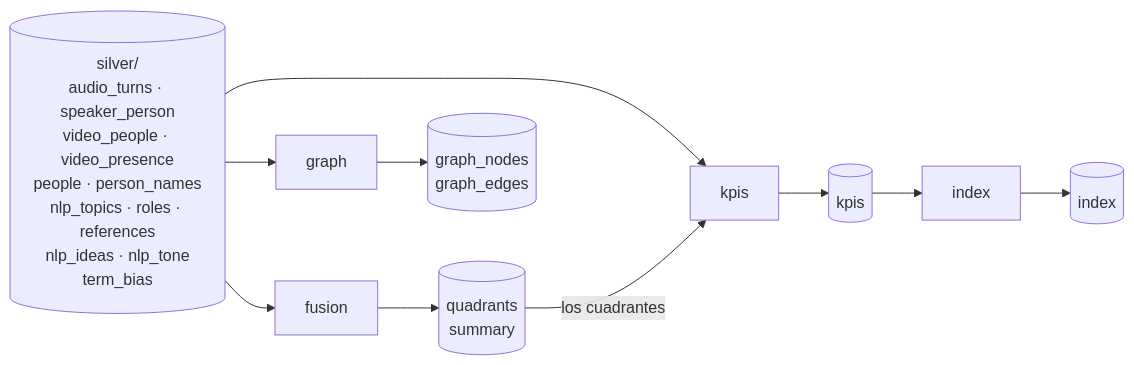
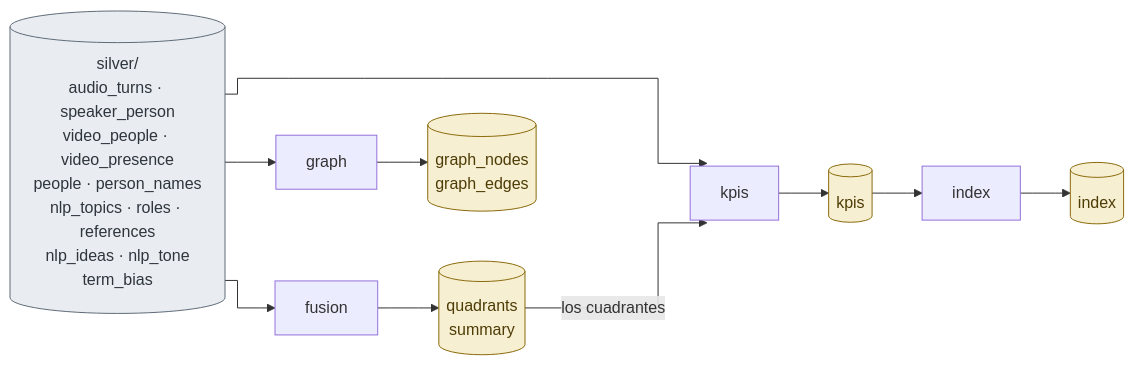
The third of 3 diagrams in ARCHITECTURE.md (ComunidadIA-OS/attention-is-all-she-needs), drawn with Mermaid before and after one commit. The commit also changed other lines of this file, not shown here.

Commit message:
docs: correct text architecture

````diff
--- a/ARCHITECTURE.md
+++ b/ARCHITECTURE.md
@@ -176,9 +168,15 @@
 ```mermaid
+%%{init: {"flowchart": {"curve": "step"}}}%%
 flowchart LR
     S[("silver/<br/>audio_turns · speaker_person<br/>video_people · video_presence<br/>people · person_names<br/>nlp_topics · roles · references<br/>nlp_ideas · nlp_tone<br/>term_bias")]
     S --> fusion --> Q[("quadrants<br/>summary")]
     S --> kpis --> K[(kpis)]
     Q -- los cuadrantes --> kpis
     K --> index --> I[(index)]
     S --> GT[graph] --> GR[("graph_nodes<br/>graph_edges")]
+    classDef bronze fill:#f6e9dc,stroke:#9a5a22,color:#5a3410
+    classDef silver fill:#e9edf1,stroke:#5f6b78,color:#2e353d
+    classDef gold fill:#f7efd2,stroke:#8a6b0c,color:#4d3c06
+    class S silver
+    class Q,K,I,GR gold
 ```
````
